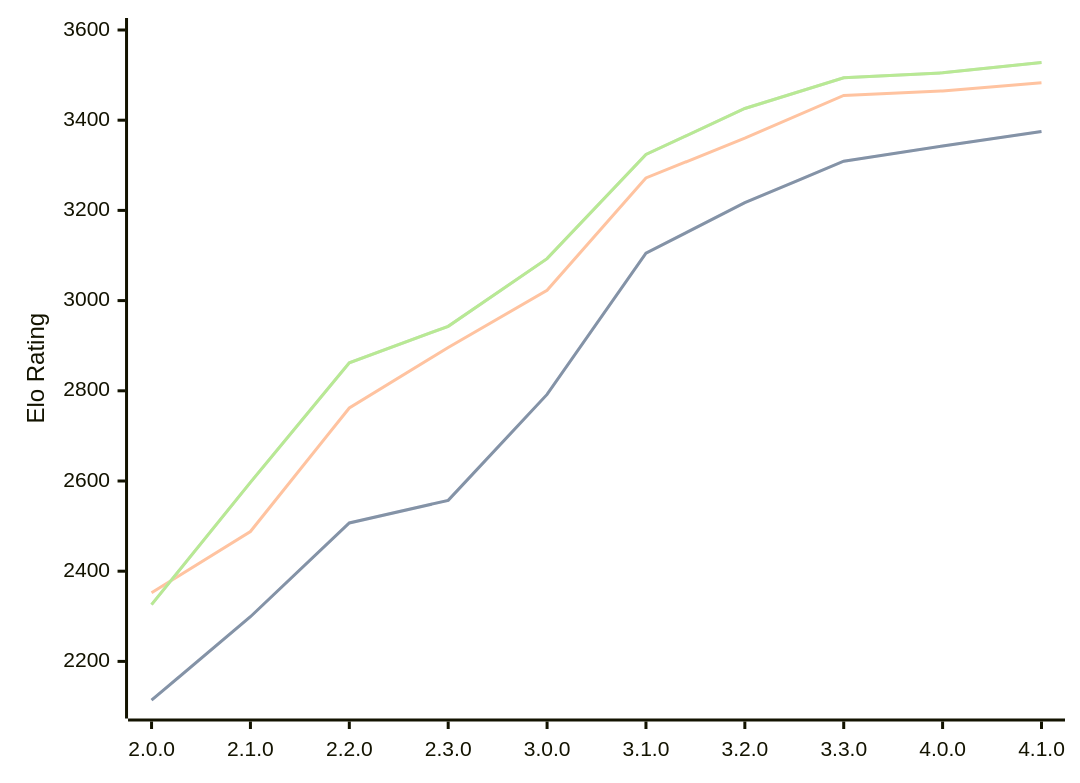
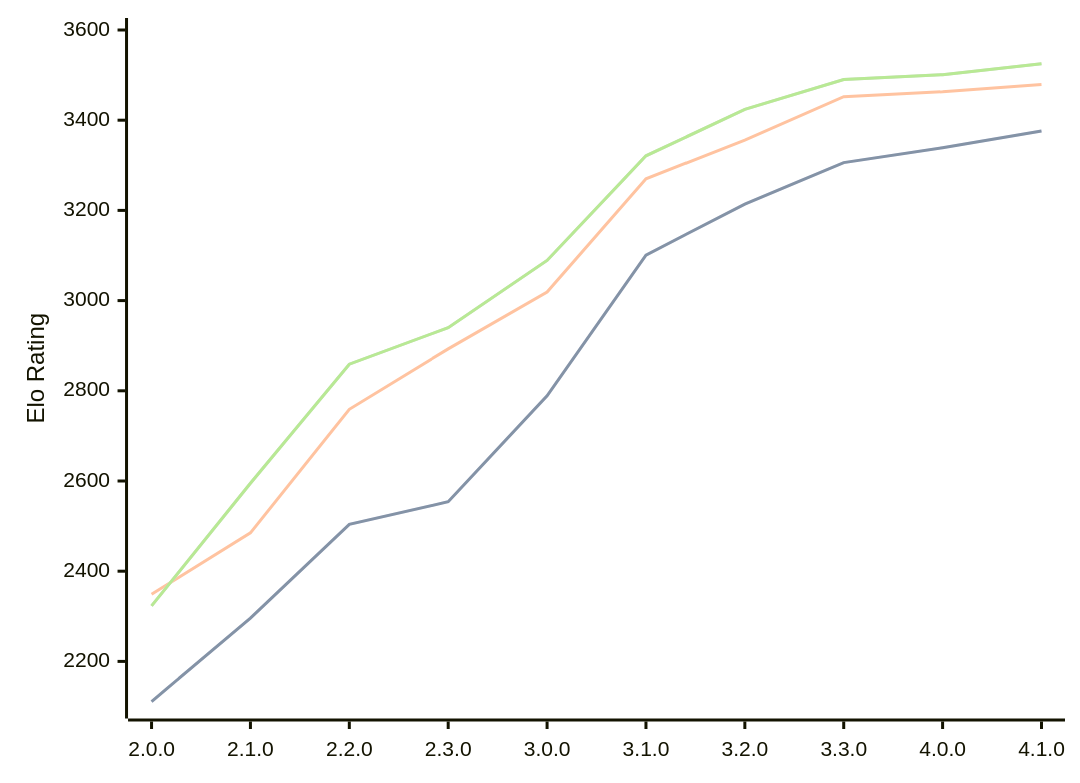
Before and after one commit to computer-chess-index/cci: the diagram in engines/Raphael.md, drawn with Mermaid. The commit also changed other lines of this file, not shown here.

Commit message:
Update CCI Ratings (ELO VLTC) - 2026-06-08

````diff
--- a/engines/Raphael.md
+++ b/engines/Raphael.md
@@ -52,11 +52,11 @@
 ```mermaid
 %%{init: {"theme":"base","themeVariables":{"seriesColors:['#a3a3a3','#222221','#faa371']}}}%%
 xychart-beta
   x-axis ["2.0.0", "2.1.0", "2.2.0", "2.3.0", "3.0.0", "3.1.0", "3.2.0", "3.3.0", "4.0.0", "4.1.0"]
   y-axis "Elo Rating" 2100 --> 3600
-  line "STC (8.0+0.08s)" [2114, 2299, 2507, 2557, 2792, 3105, 3217, 3309, 3343, 3375]
-  line "STC (8.0+0.08s)" [2114, 2299, 2507, 2557, 2792, 3105, 3217, 3309, 3343, 3375]
-  line "LTC (60.0+0.60s)" [2352, 2488, 2762, 2896, 3023, 3272, 3360, 3455, 3465, 3483]
-  line "VLTC (2m24s+1.12s)" [2326, 2597, 2862, 2943, 3093, 3324, 3426, 3494, 3505, 3528]
-  line "VLTC (2m24s+1.12s)" [2326, 2597, 2862, 2943, 3093, 3324, 3426, 3494, 3505, 3528]
+  line "STC (8.0+0.08s)" [2111, 2296, 2504, 2554, 2789, 3101, 3214, 3306, 3339, 3376]
+  line "STC (8.0+0.08s)" [2111, 2296, 2504, 2554, 2789, 3101, 3214, 3306, 3339, 3376]
+  line "LTC (60.0+0.60s)" [2349, 2485, 2759, 2893, 3019, 3270, 3356, 3452, 3463, 3479]
+  line "VLTC (2m24s+1.12s)" [2323, 2595, 2859, 2940, 3089, 3321, 3424, 3490, 3501, 3525]
+  line "VLTC (2m24s+1.12s)" [2323, 2595, 2859, 2940, 3089, 3321, 3424, 3490, 3501, 3525]
 ```
````
